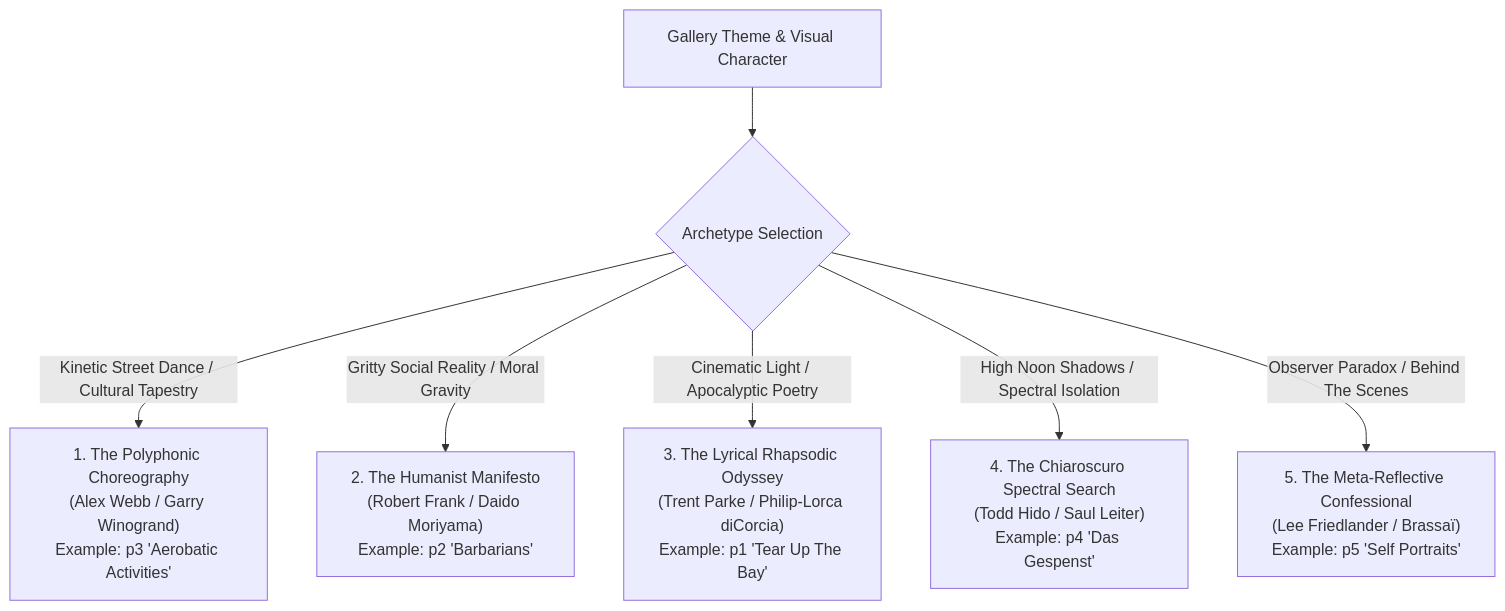
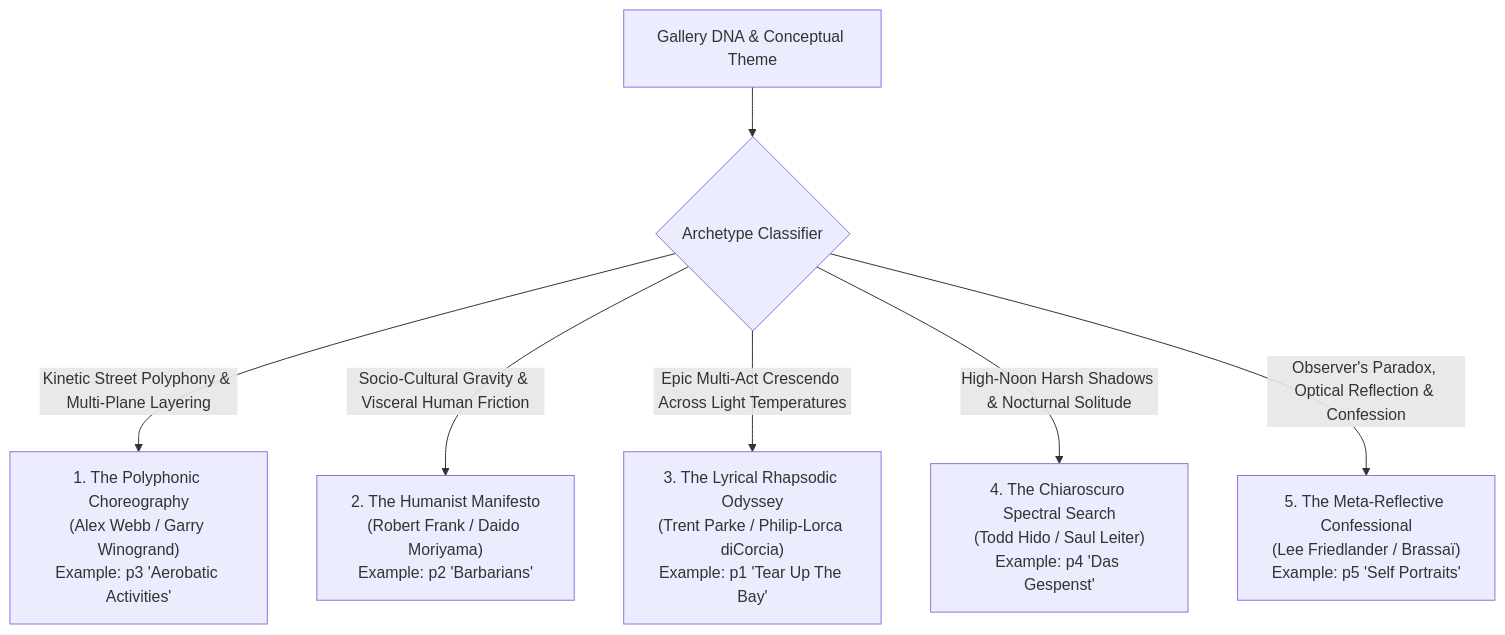
Before and after one commit to ryusoh/ryusoh.github.io: the third of 3 diagrams in docs/sequence-skill-architecture.md, drawn with Mermaid. The commit also changed other lines of this file, not shown here.

Commit message:
feat(sequence): enhance `/sequence` skill with neuro-symbolic workflow and respiratory metrics

````diff
--- a/docs/sequence-skill-architecture.md
+++ b/docs/sequence-skill-architecture.md
@@ -109,10 +121,10 @@
 ```mermaid
 graph TD
-    DNA["Gallery Theme & Visual Character"] --> Archetypes{Archetype Selection}
+    DNA["Gallery DNA & Conceptual Theme"] --> Classifier{Archetype Classifier}
 
-    Archetypes -->|Kinetic Street Dance / Cultural Tapestry| A1["1. The Polyphonic Choreography<br>(Alex Webb / Garry Winogrand)<br>Example: p3 'Aerobatic Activities'"]
-    Archetypes -->|Gritty Social Reality / Moral Gravity| A2["2. The Humanist Manifesto<br>(Robert Frank / Daido Moriyama)<br>Example: p2 'Barbarians'"]
-    Archetypes -->|Cinematic Light / Apocalyptic Poetry| A3["3. The Lyrical Rhapsodic Odyssey<br>(Trent Parke / Philip-Lorca diCorcia)<br>Example: p1 'Tear Up The Bay'"]
-    Archetypes -->|High Noon Shadows / Spectral Isolation| A4["4. The Chiaroscuro Spectral Search<br>(Todd Hido / Saul Leiter)<br>Example: p4 'Das Gespenst'"]
-    Archetypes -->|Observer Paradox / Behind The Scenes| A5["5. The Meta-Reflective Confessional<br>(Lee Friedlander / Brassaï)<br>Example: p5 'Self Portraits'"]
+    Classifier -->|Kinetic Street Polyphony & Multi-Plane Layering| A1["1. The Polyphonic Choreography<br>(Alex Webb / Garry Winogrand)<br>Example: p3 'Aerobatic Activities'"]
+    Classifier -->|Socio-Cultural Gravity & Visceral Human Friction| A2["2. The Humanist Manifesto<br>(Robert Frank / Daido Moriyama)<br>Example: p2 'Barbarians'"]
+    Classifier -->|Epic Multi-Act Crescendo Across Light Temperatures| A3["3. The Lyrical Rhapsodic Odyssey<br>(Trent Parke / Philip-Lorca diCorcia)<br>Example: p1 'Tear Up The Bay'"]
+    Classifier -->|High-Noon Harsh Shadows & Nocturnal Solitude| A4["4. The Chiaroscuro Spectral Search<br>(Todd Hido / Saul Leiter)<br>Example: p4 'Das Gespenst'"]
+    Classifier -->|Observer's Paradox, Optical Reflection & Confession| A5["5. The Meta-Reflective Confessional<br>(Lee Friedlander / Brassaï)<br>Example: p5 'Self Portraits'"]
 ```
````
